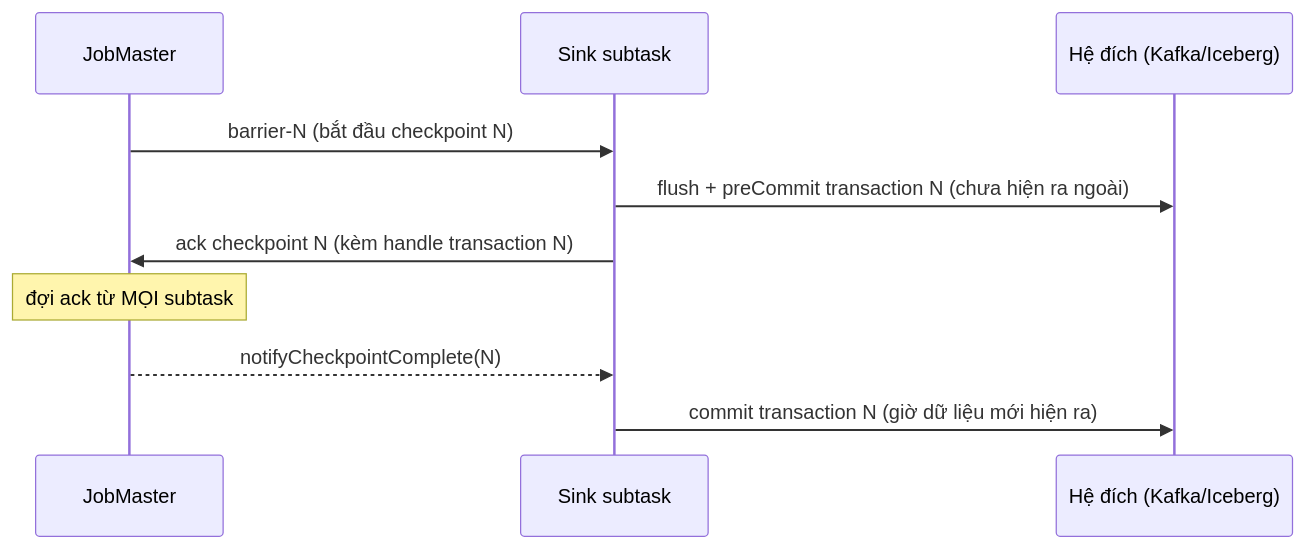
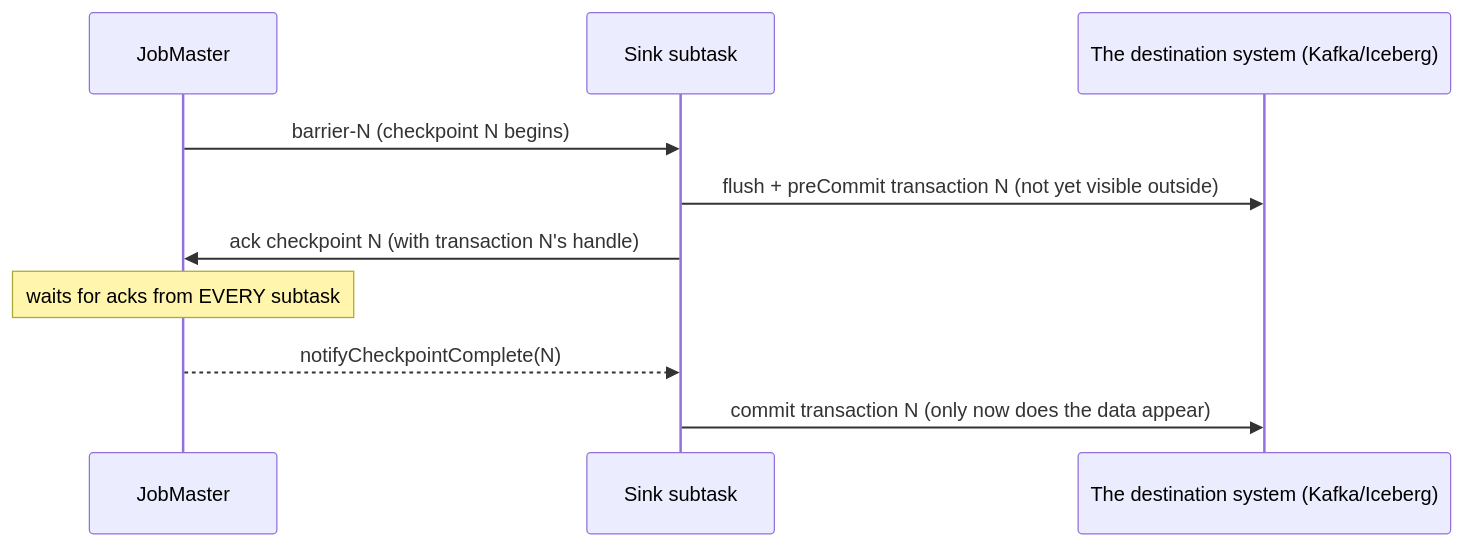
Before and after one commit to vuhoang001/knowledge: the first of 2 diagrams in i18n/en/docusaurus-plugin-content-docs/current/etl/flink/reference/exactly-once.md, drawn with Mermaid. The commit also changed other lines of this file and 21 other files, not shown here.

````diff
--- a/i18n/en/docusaurus-plugin-content-docs/current/etl/flink/reference/exactly-once.md
+++ b/i18n/en/docusaurus-plugin-content-docs/current/etl/flink/reference/exactly-once.md
@@ -96,12 +95,12 @@
 ```mermaid
 sequenceDiagram
     participant JM as JobMaster
     participant Op as Sink subtask
-    participant Ext as Hệ đích (Kafka/Iceberg)
-    JM->>Op: barrier-N (bắt đầu checkpoint N)
-    Op->>Ext: flush + preCommit transaction N (chưa hiện ra ngoài)
-    Op->>JM: ack checkpoint N (kèm handle transaction N)
-    Note over JM: đợi ack từ MỌI subtask
+    participant Ext as The destination system (Kafka/Iceberg)
+    JM->>Op: barrier-N (checkpoint N begins)
+    Op->>Ext: flush + preCommit transaction N (not yet visible outside)
+    Op->>JM: ack checkpoint N (with transaction N's handle)
+    Note over JM: waits for acks from EVERY subtask
     JM-->>Op: notifyCheckpointComplete(N)
-    Op->>Ext: commit transaction N (giờ dữ liệu mới hiện ra)
+    Op->>Ext: commit transaction N (only now does the data appear)
 ```
````
